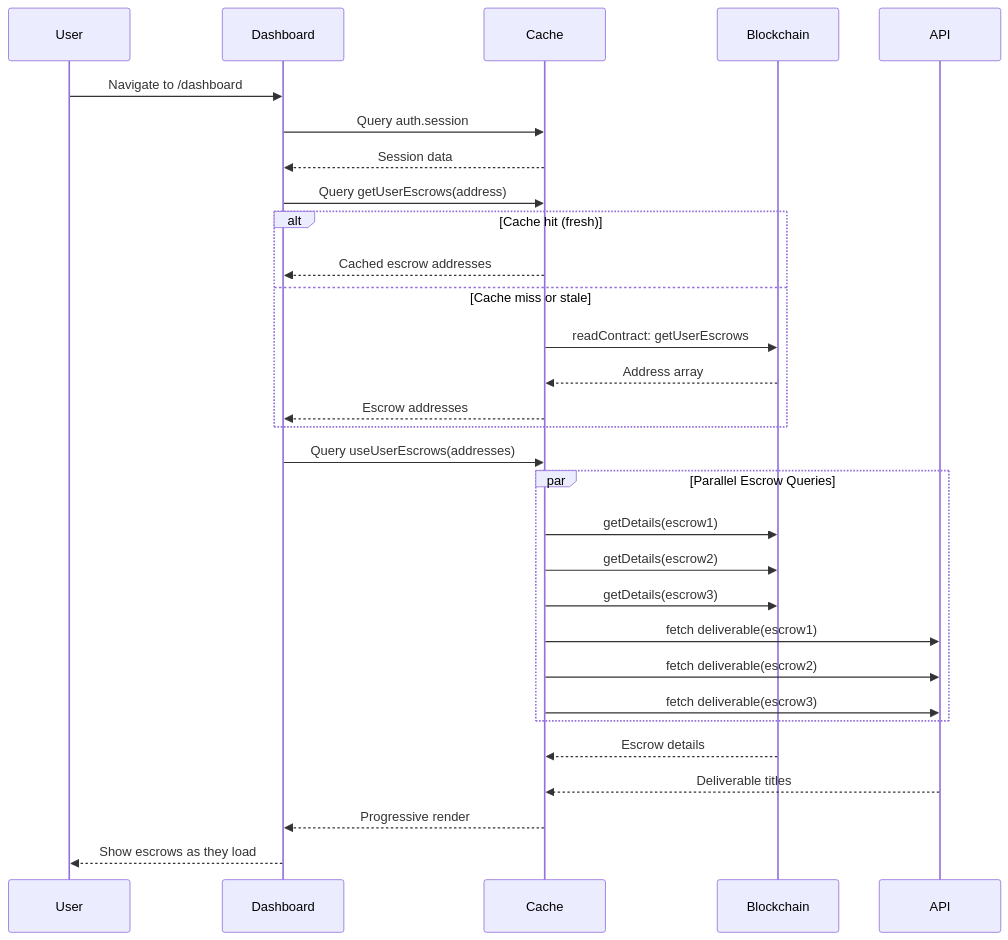
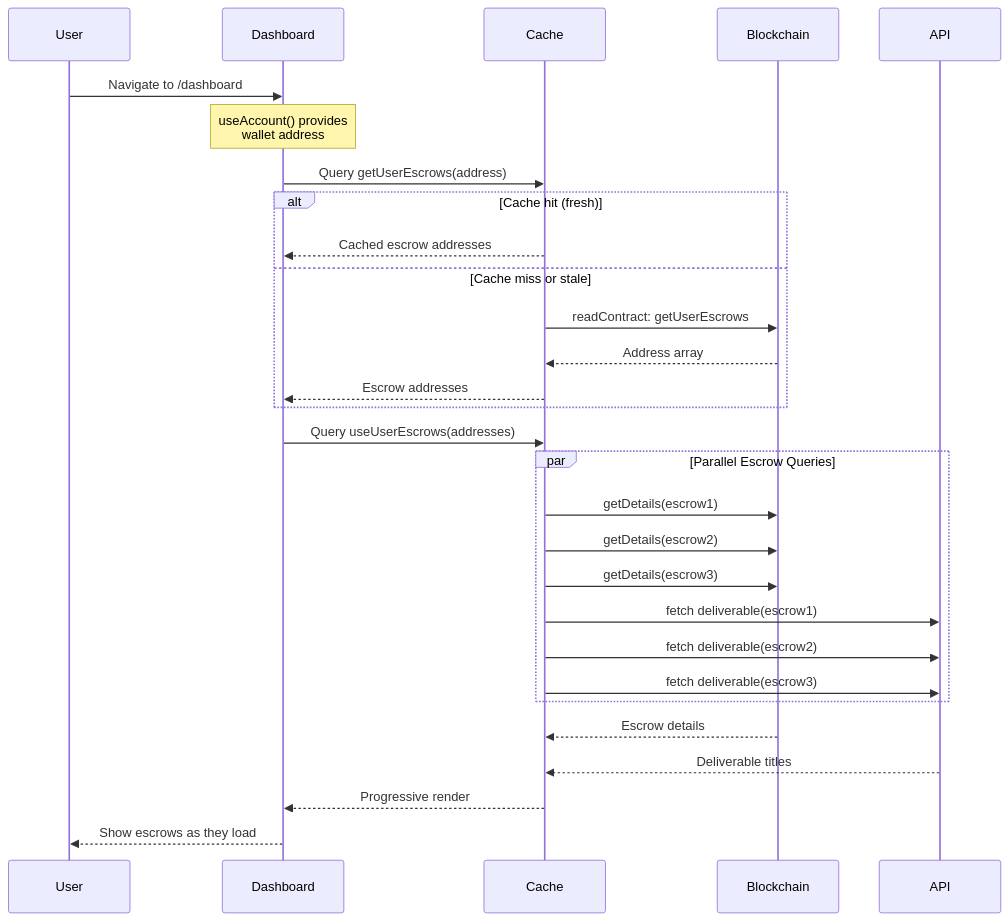
One commit to Gigentic/gigentic-escrow-minipay changed the sixth of 12 diagrams in QUERY_CACHE_ARCHITECTURE.md. Above: the diagram before and after it, drawn with Mermaid. The commit also changed other lines of this file, not shown here.

````diff
--- a/QUERY_CACHE_ARCHITECTURE.md
+++ b/QUERY_CACHE_ARCHITECTURE.md
@@ -363,40 +333,39 @@
 ```mermaid
 sequenceDiagram
     participant User
     participant Dashboard
     participant Cache
     participant Blockchain
     participant API
 
     User->>Dashboard: Navigate to /dashboard
 
-    Dashboard->>Cache: Query auth.session
-    Cache-->>Dashboard: Session data
+    Note over Dashboard: useAccount() provides<br/>wallet address
 
     Dashboard->>Cache: Query getUserEscrows(address)
 
     alt Cache hit (fresh)
         Cache-->>Dashboard: Cached escrow addresses
     else Cache miss or stale
         Cache->>Blockchain: readContract: getUserEscrows
         Blockchain-->>Cache: Address array
         Cache-->>Dashboard: Escrow addresses
     end
 
     Dashboard->>Cache: Query useUserEscrows(addresses)
 
     par Parallel Escrow Queries
         Cache->>Blockchain: getDetails(escrow1)
         Cache->>Blockchain: getDetails(escrow2)
         Cache->>Blockchain: getDetails(escrow3)
         Cache->>API: fetch deliverable(escrow1)
         Cache->>API: fetch deliverable(escrow2)
         Cache->>API: fetch deliverable(escrow3)
     end
 
     Blockchain-->>Cache: Escrow details
     API-->>Cache: Deliverable titles
 
     Cache-->>Dashboard: Progressive render
     Dashboard-->>User: Show escrows as they load
 ```
````
